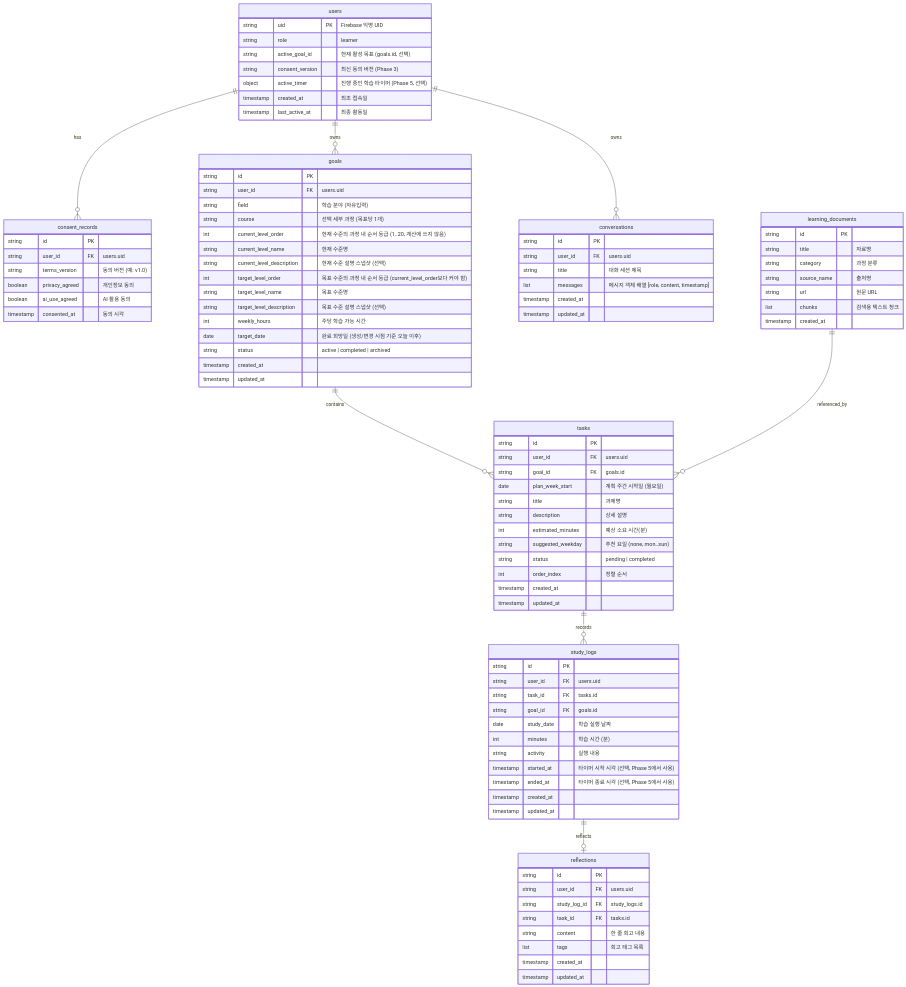
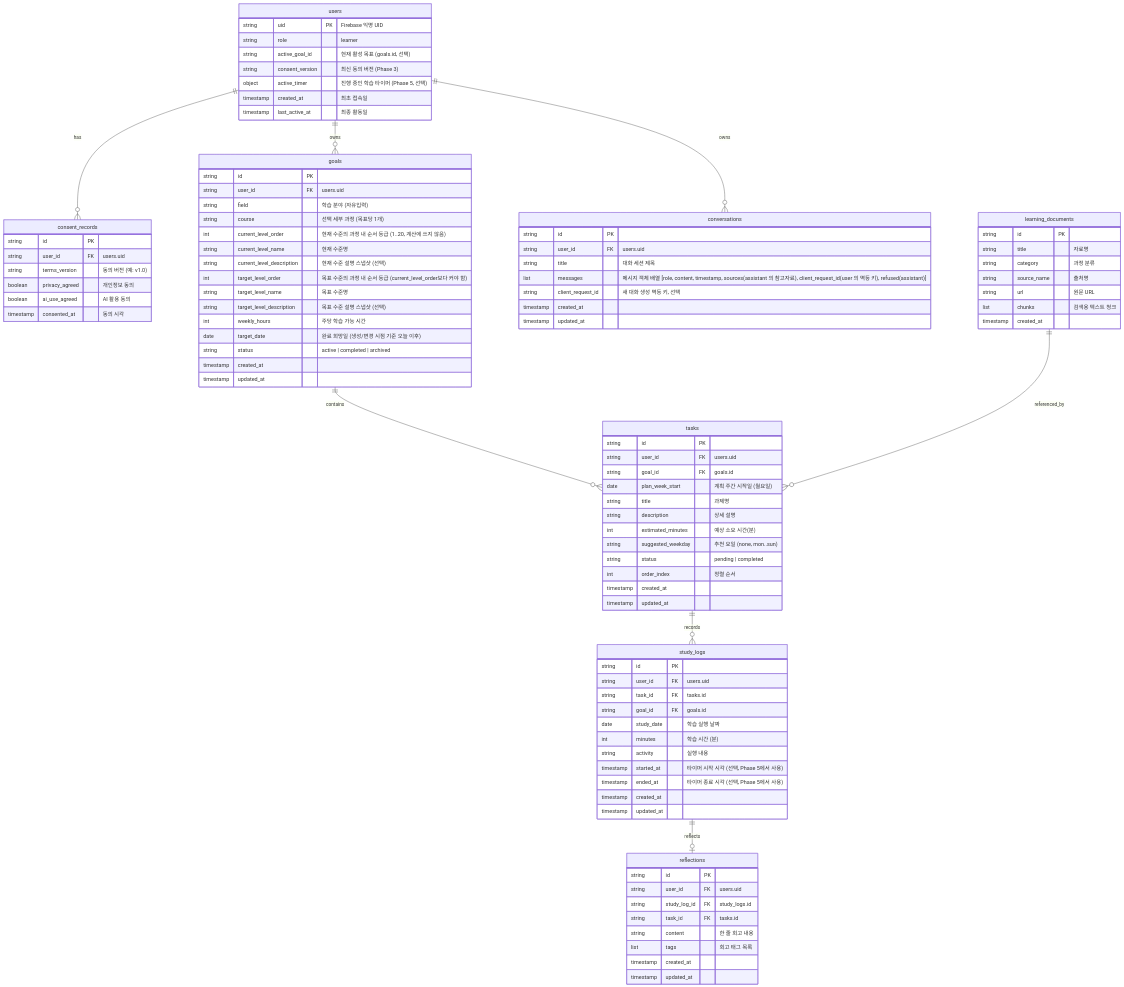
Before and after one commit to yong05610/ai-n-fprj: the diagram in docs/phase1_design.md, drawn with Mermaid. The commit also changed other lines of this file and 23 other files, not shown here.

```diff
--- a/docs/phase1_design.md
+++ b/docs/phase1_design.md
@@ -163,7 +163,8 @@
         string id PK
         string user_id FK "users.uid"
         string title "대화 세션 제목"
-        list messages "메시지 객체 배열 [role, content, timestamp]"
+        list messages "메시지 객체 배열 [role, content, timestamp, sources(assistant 의 참고자료), client_request_id(user 의 멱등 키), refused(assistant)]"
+        string client_request_id "새 대화 생성 멱등 키, 선택"
         timestamp created_at
         timestamp updated_at
     }
```
